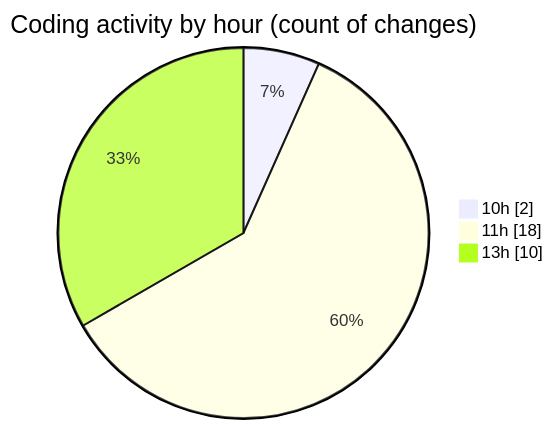
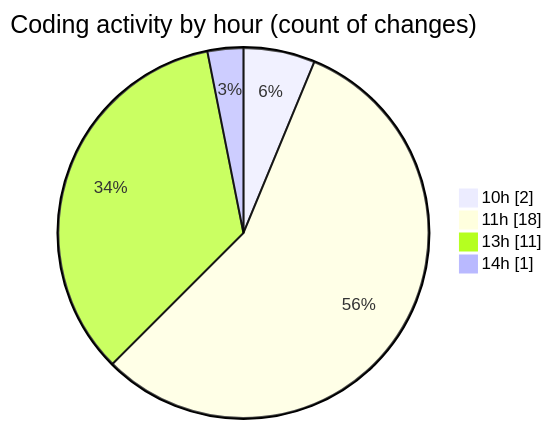
One commit to MatusMokan/code-tracking changed the second of 2 diagrams in 2025-03-17/myws__workspace_/README.md. Above: the diagram before and after it, drawn with Mermaid. The commit also changed other lines of this file and 1 other file, not shown here.

````diff
--- a/2025-03-17/myws__workspace_/README.md
+++ b/2025-03-17/myws__workspace_/README.md
@@ -31,7 +31,8 @@
 ```mermaid
 pie showData
 title Coding activity by hour (count of changes)
 "10h" : 2
 "11h" : 18
-"13h" : 10
+"13h" : 11
+"14h" : 1
 ```
````
